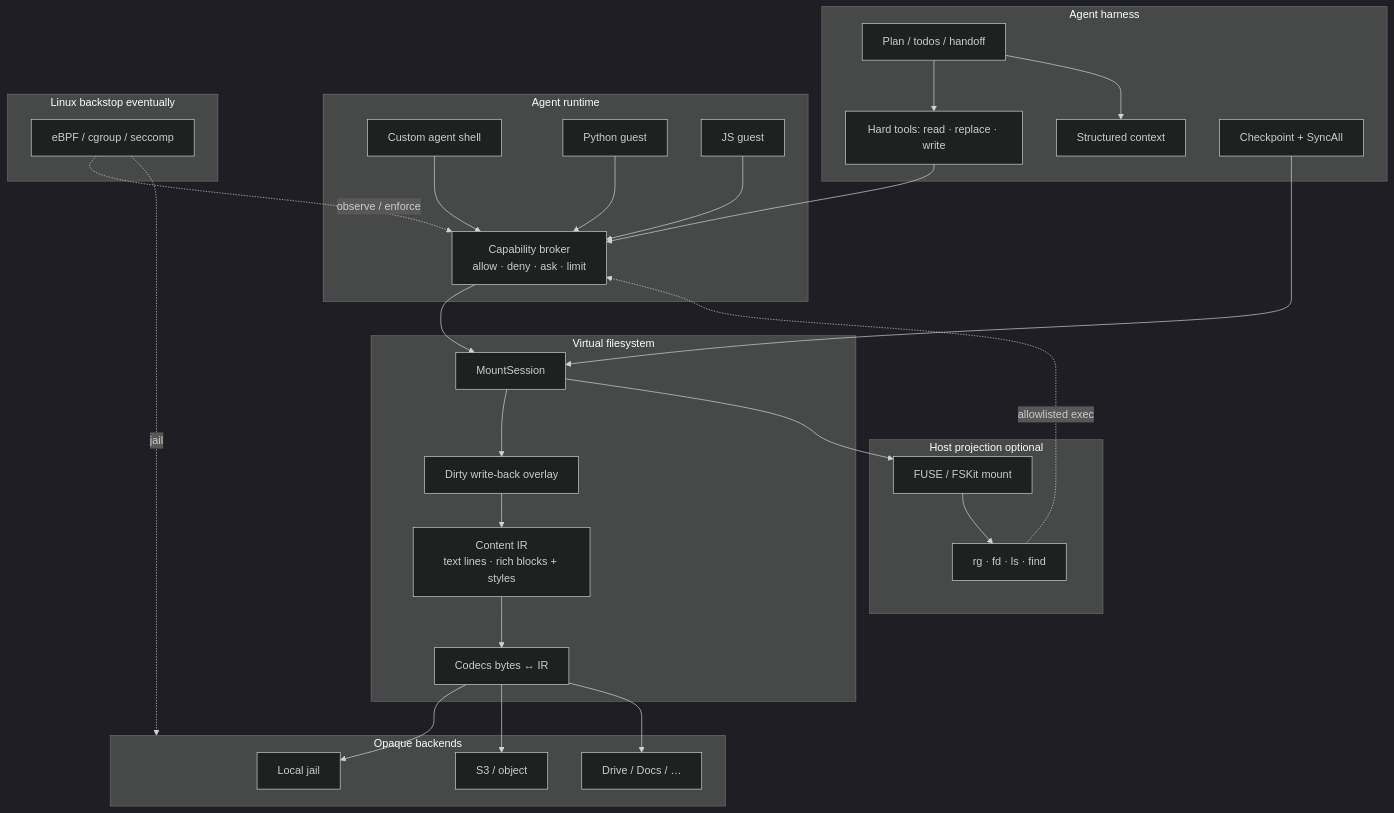
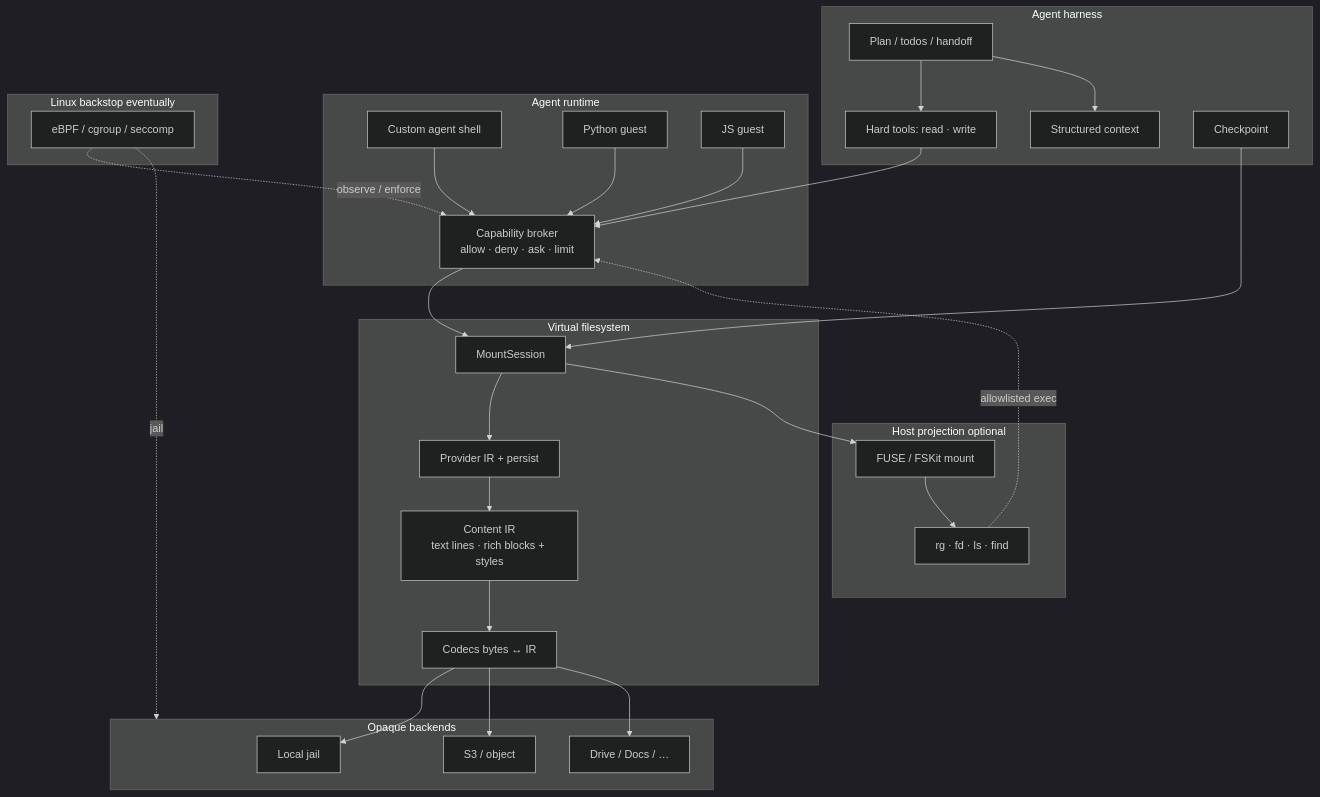
Before and after one commit to Ryanaldo34/tacklr: the first of 2 diagrams in README.md, drawn with Mermaid (dark theme). The commit also changed other lines of this file and 92 other files, not shown here.

````diff
--- a/README.md
+++ b/README.md
@@ -301,58 +301,58 @@
 ```mermaid
 flowchart TB
   subgraph harness [Agent harness]
     Plan[Plan / todos / handoff]
-    Tools[Hard tools: read · replace · write]
+    Tools[Hard tools: read · write]
     Ctx[Structured context]
-    CP[Checkpoint + SyncAll]
+    CP[Checkpoint]
   end
 
   subgraph runtime [Agent runtime]
     Shell[Custom agent shell]
     Py[Python guest]
     JS[JS guest]
     Broker[Capability broker<br/>allow · deny · ask · limit]
   end
 
   subgraph vfs_layer [Virtual filesystem]
     MS[MountSession]
     IR[Content IR<br/>text lines · rich blocks + styles]
-    Overlay[Dirty write-back overlay]
+    Overlay[Provider IR + persist]
     Codec[Codecs bytes ↔ IR]
   end
 
   subgraph project [Host projection optional]
     FUSE[FUSE / FSKit mount]
     HostCLIs[rg · fd · ls · find]
   end
 
   subgraph backends [Opaque backends]
     Local[Local jail]
     S3[S3 / object]
     Other[Drive / Docs / …]
   end
 
   subgraph kernel [Linux backstop eventually]
     eBPF[eBPF / cgroup / seccomp]
   end
 
   Plan --> Tools
   Plan --> Ctx
   Tools --> Broker
   Shell --> Broker
   Py --> Broker
   JS --> Broker
   Broker --> MS
   MS --> Overlay
   Overlay --> IR
   IR --> Codec
   Codec --> Local
   Codec --> S3
   Codec --> Other
   MS --> FUSE
   FUSE --> HostCLIs
   HostCLIs -.->|allowlisted exec| Broker
   CP --> MS
   eBPF -.->|observe / enforce| Broker
   eBPF -.->|jail| backends
 ```
````
